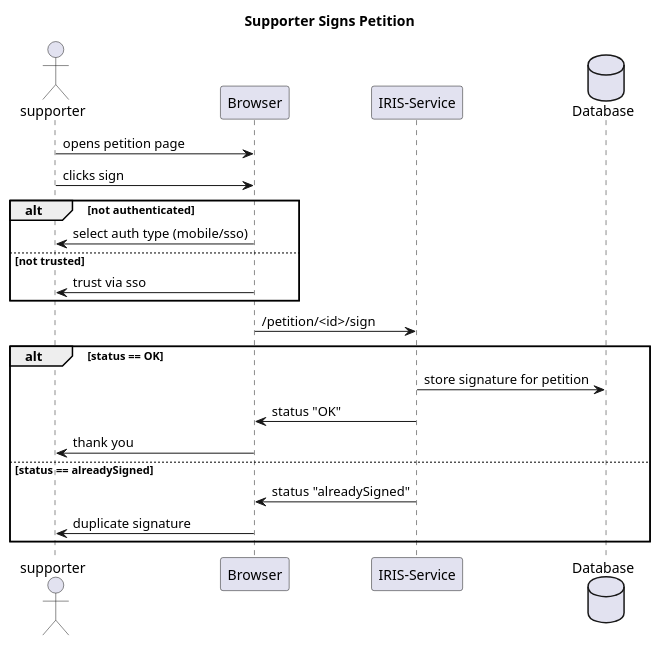
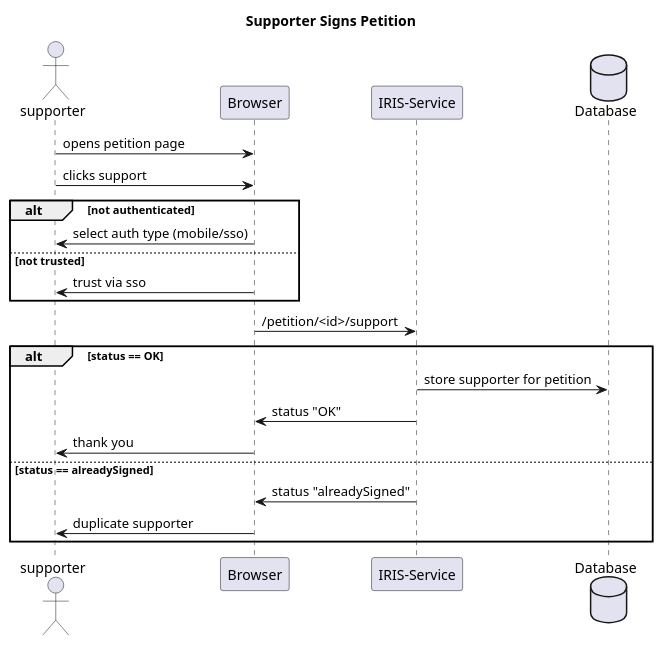
One commit to iris-dni/iris-service changed the diagram in docs/supporter-flows.rst. Above: the diagram before and after it, drawn with PlantUML. The commit also changed 6 other files, not shown here.

```diff
--- a/docs/supporter-flows.rst
+++ b/docs/supporter-flows.rst
@@ -14,30 +14,30 @@
 .. uml::
 
     @startuml
     Title Supporter Signs Petition
 
     actor supporter
     participant "Browser" as browser
     participant "IRIS-Service" as service
     database "Database" as db
 
     supporter -> browser : opens petition page
-    supporter -> browser : clicks sign
+    supporter -> browser : clicks support
 
     alt not authenticated
       browser -> supporter : select auth type (mobile/sso)
     else not trusted
       browser -> supporter : trust via sso
     end
 
-    browser -> service : /petition/<id>/sign
+    browser -> service : /petition/<id>/support
     alt status == OK
-        service -> db : store signature for petition
+        service -> db : store supporter for petition
         service -> browser : status "OK"
         browser -> supporter : thank you
     else status == alreadySigned
         service -> browser : status "alreadySigned"
-        browser -> supporter : duplicate signature
+        browser -> supporter : duplicate supporter
     end
 
     @enduml
```
